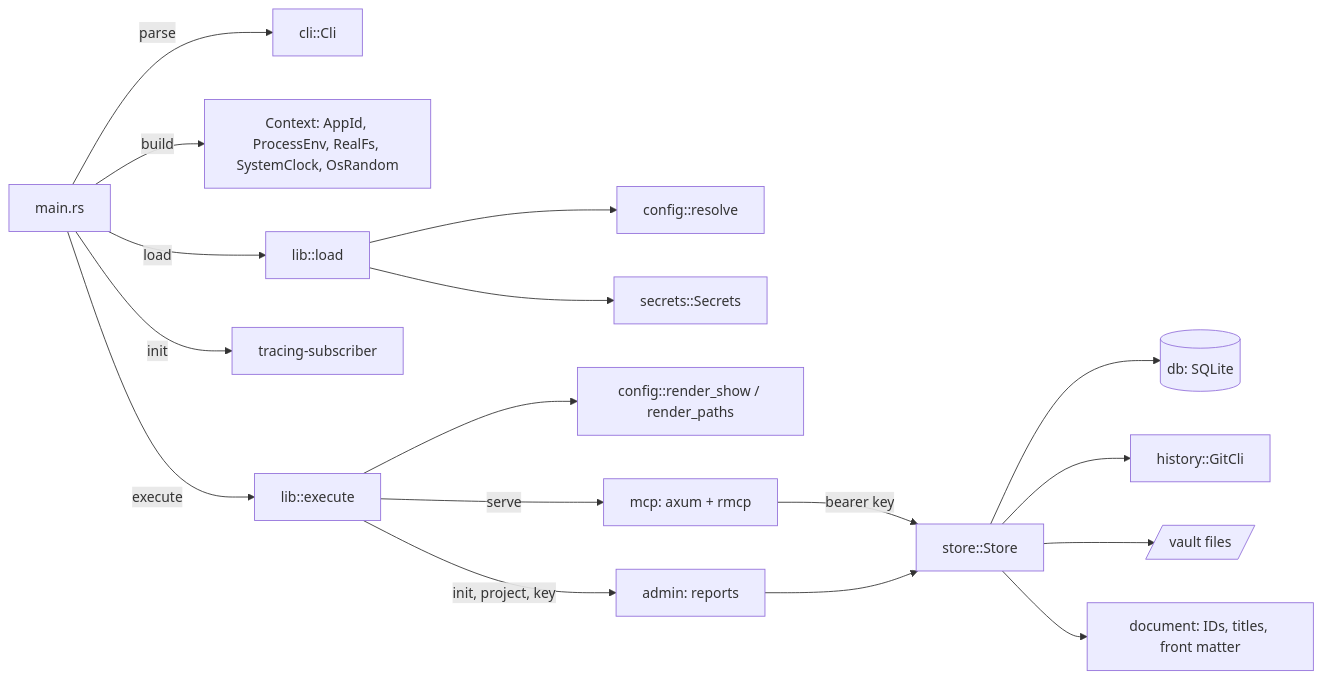
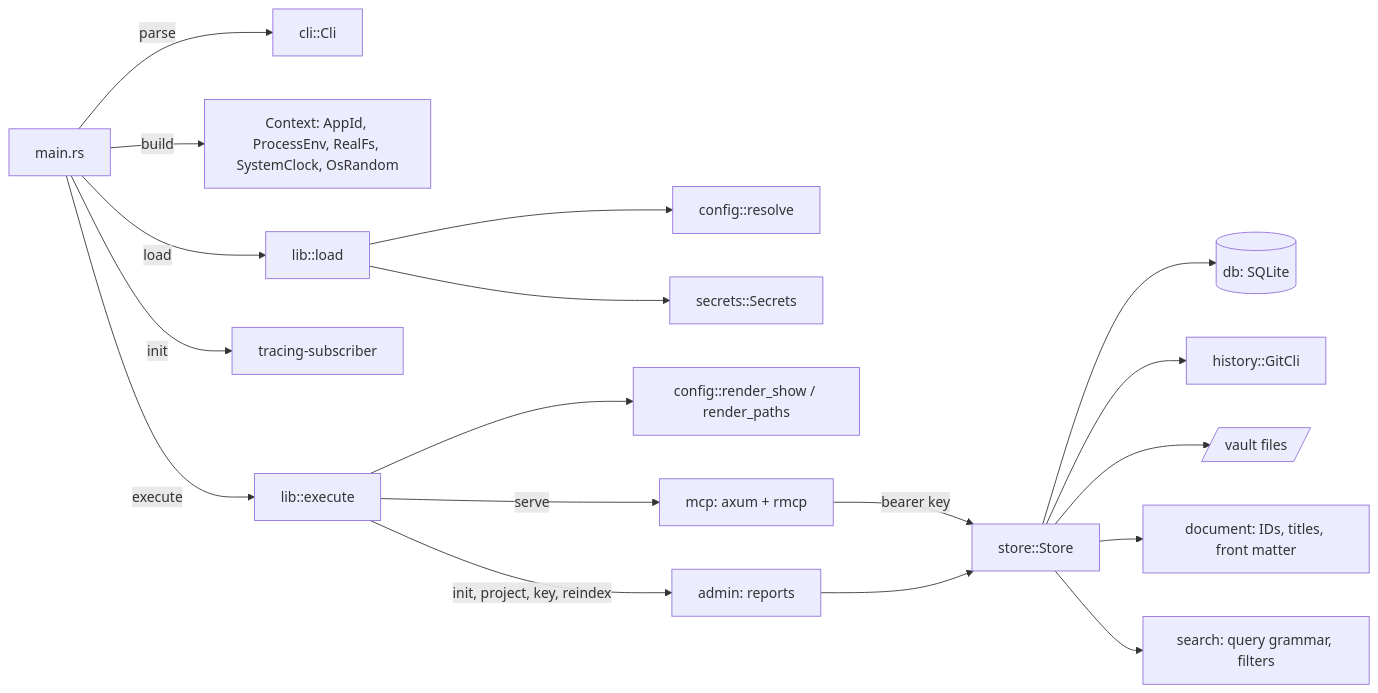
One commit to joelee/joedocs-mcp changed the first of 2 diagrams in docs/architecture.md. Above: the diagram before and after it, drawn with Mermaid. The commit also changed other lines of this file and 30 other files, not shown here.

First line of the commit message:
Phase 3: search and reindex

````diff
--- a/docs/architecture.md
+++ b/docs/architecture.md
@@ -7,19 +7,20 @@
 ```mermaid
 flowchart LR
     main[main.rs] -->|parse| cli[cli::Cli]
     main -->|build| ctx[Context: AppId, ProcessEnv, RealFs, SystemClock, OsRandom]
     main -->|load| load[lib::load]
     load --> resolve[config::resolve]
     load --> secrets[secrets::Secrets]
     main -->|init| tracing[tracing-subscriber]
     main -->|execute| exec[lib::execute]
     exec --> show[config::render_show / render_paths]
     exec -->|serve| mcp[mcp: axum + rmcp]
     mcp -->|bearer key| store
-    exec -->|init, project, key| admin[admin: reports]
+    exec -->|init, project, key, reindex| admin[admin: reports]
     admin --> store[store::Store]
     store --> db[(db: SQLite)]
     store --> history[history::GitCli]
     store --> vault[/vault files/]
     store --> document[document: IDs, titles, front matter]
+    store --> search[search: query grammar, filters]
 ```
````
